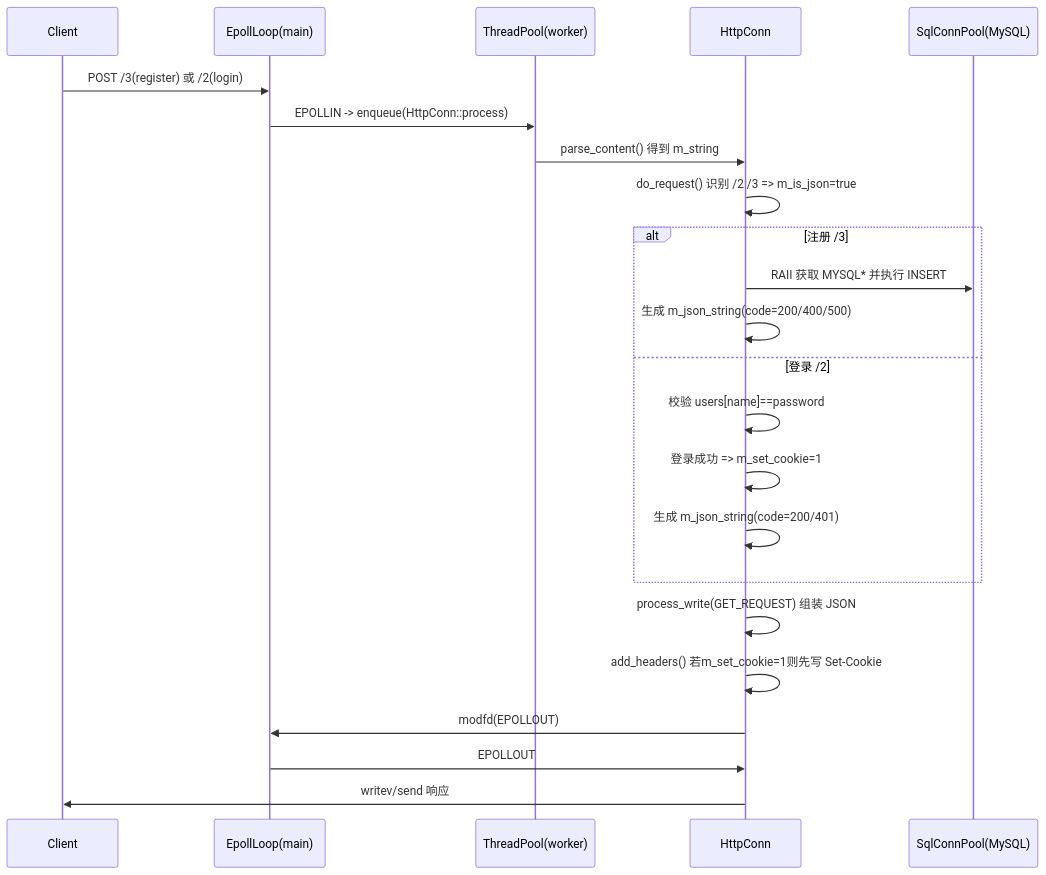
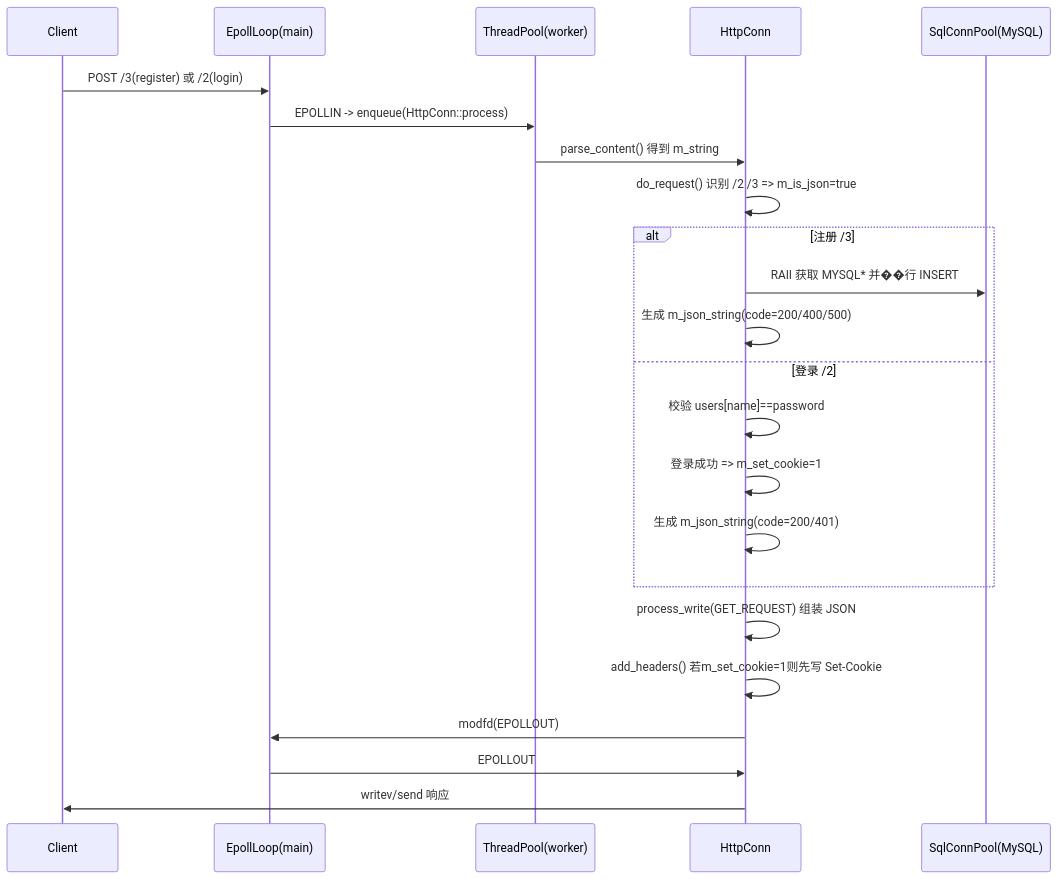
Before and after one commit to Paris-cyx/TinyWebServer-Learning: the sixth of 7 diagrams in docs/design.md, drawn with Mermaid. The commit also changed other lines of this file, not shown here.

Commit message:
Replace Mermaid classDiagram with flowchart-based class diagram for VSCode compatibility

````diff
--- a/docs/design.md
+++ b/docs/design.md
@@ -257,28 +194,28 @@
 ```mermaid
 sequenceDiagram
   participant C as Client
   participant E as EpollLoop(main)
   participant T as ThreadPool(worker)
   participant H as HttpConn
   participant P as SqlConnPool(MySQL)
 
   C->>E: POST /3(register) 或 /2(login)
   E->>T: EPOLLIN -> enqueue(HttpConn::process)
   T->>H: parse_content() 得到 m_string
   H->>H: do_request() 识别 /2 /3 => m_is_json=true
 
   alt 注册 /3
-    H->>P: RAII 获取 MYSQL* 并执行 INSERT
+    H->>P: RAII 获取 MYSQL* 并��行 INSERT
     H->>H: 生成 m_json_string(code=200/400/500)
   else 登录 /2
     H->>H: 校验 users[name]==password
     H->>H: 登录成功 => m_set_cookie=1
     H->>H: 生成 m_json_string(code=200/401)
   end
 
   H->>H: process_write(GET_REQUEST) 组装 JSON
   H->>H: add_headers() 若m_set_cookie=1则先写 Set-Cookie
   H->>E: modfd(EPOLLOUT)
   E->>H: EPOLLOUT
   H->>C: writev/send 响应
 ```
````
